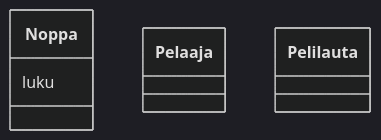
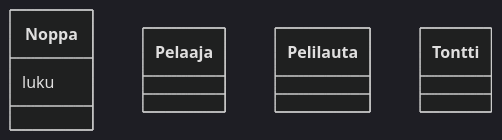
The diagram in laskarit/viikko3/Monopoli_kaavio.md (Yahimoh/ot-harjoitustyo), drawn with Mermaid (dark theme) before and after one commit.

Commit message:
Tontti luokka lisätty

````diff
--- a/laskarit/viikko3/Monopoli_kaavio.md
+++ b/laskarit/viikko3/Monopoli_kaavio.md
@@ -1,12 +1,15 @@
 ```mermaid
  classDiagram
 	class Noppa {
 		luku
 	}
 
         class Pelaaja {     
         }
 
 	class Pelilauta {
 	}
+
+	class Tontti {
+	}
 ```
````
